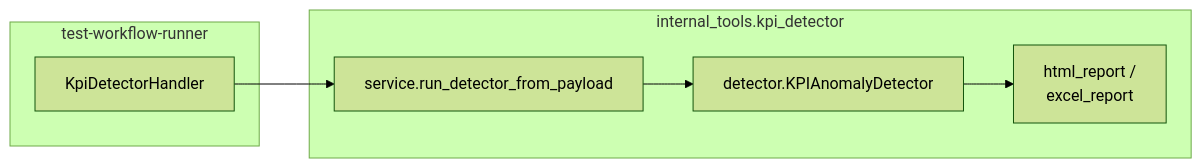
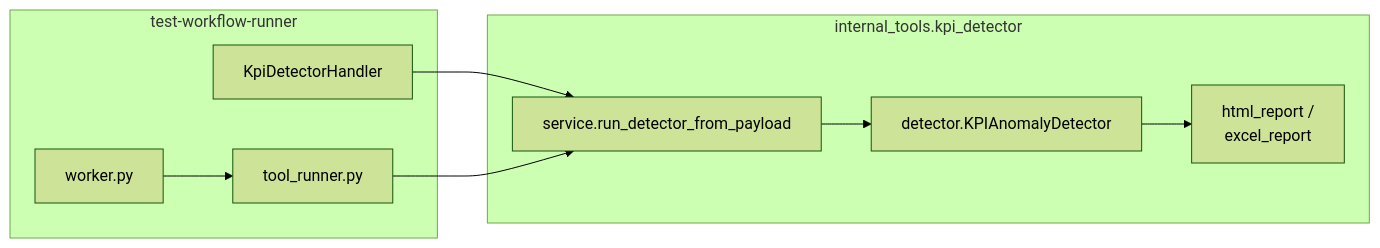
Before and after one commit to stella555359/jenkins_robotframework: the first of 4 diagrams in test-workflow-runner/internal_tools/kpi_detector/ARCHITECTURE.md, drawn with Mermaid (forest theme). The commit also changed other lines of this file and 14 other files, not shown here.

````diff
--- a/test-workflow-runner/internal_tools/kpi_detector/ARCHITECTURE.md
+++ b/test-workflow-runner/internal_tools/kpi_detector/ARCHITECTURE.md
@@ -22,14 +22,18 @@
 ```mermaid
 flowchart LR
   subgraph twr [test-workflow-runner]
     H[KpiDetectorHandler]
+    W[worker.py]
+    TR[tool_runner.py]
   end
   subgraph pkg [internal_tools.kpi_detector]
     SVC[service.run_detector_from_payload]
     DET[detector.KPIAnomalyDetector]
     RPT[html_report /\nexcel_report]
   end
   H --> SVC
+  W --> TR
+  TR --> SVC
   SVC --> DET
   DET --> RPT
 ```
````
